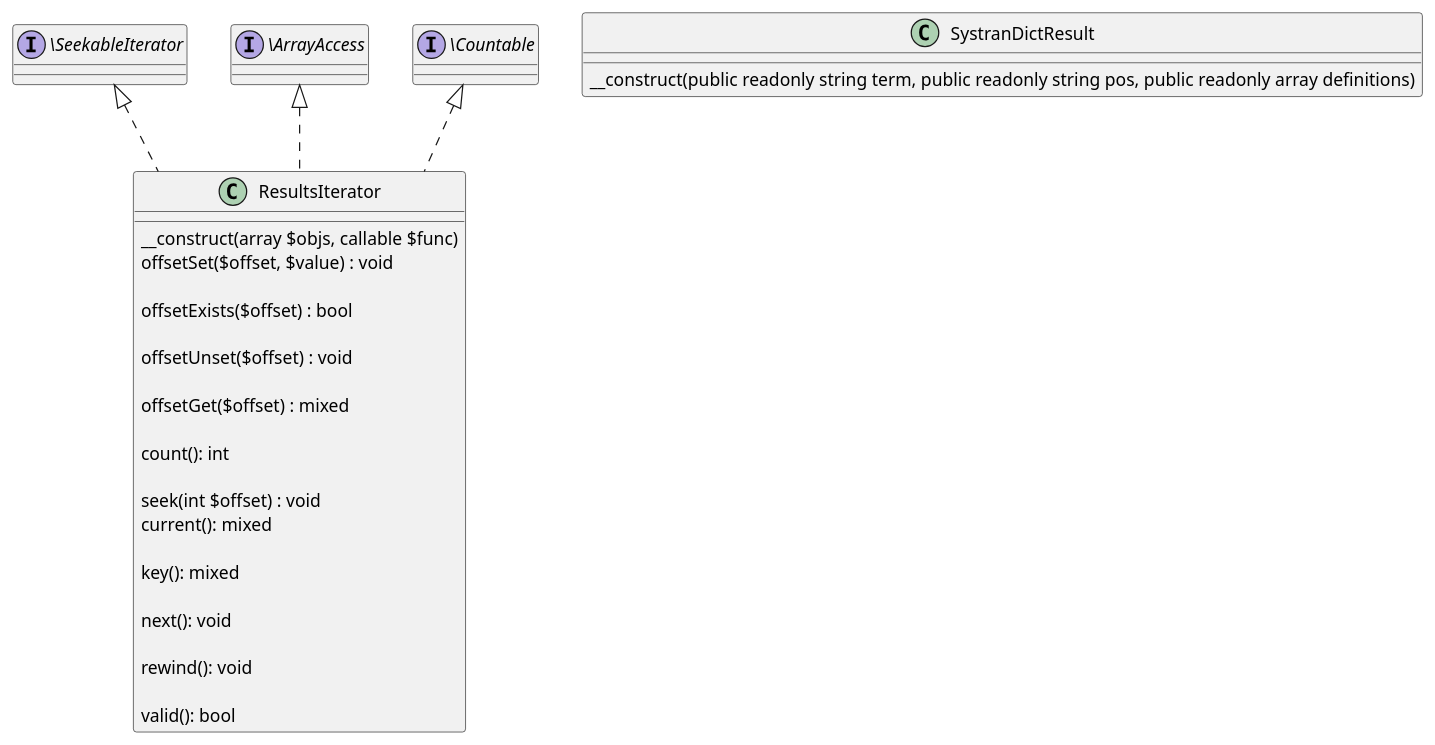
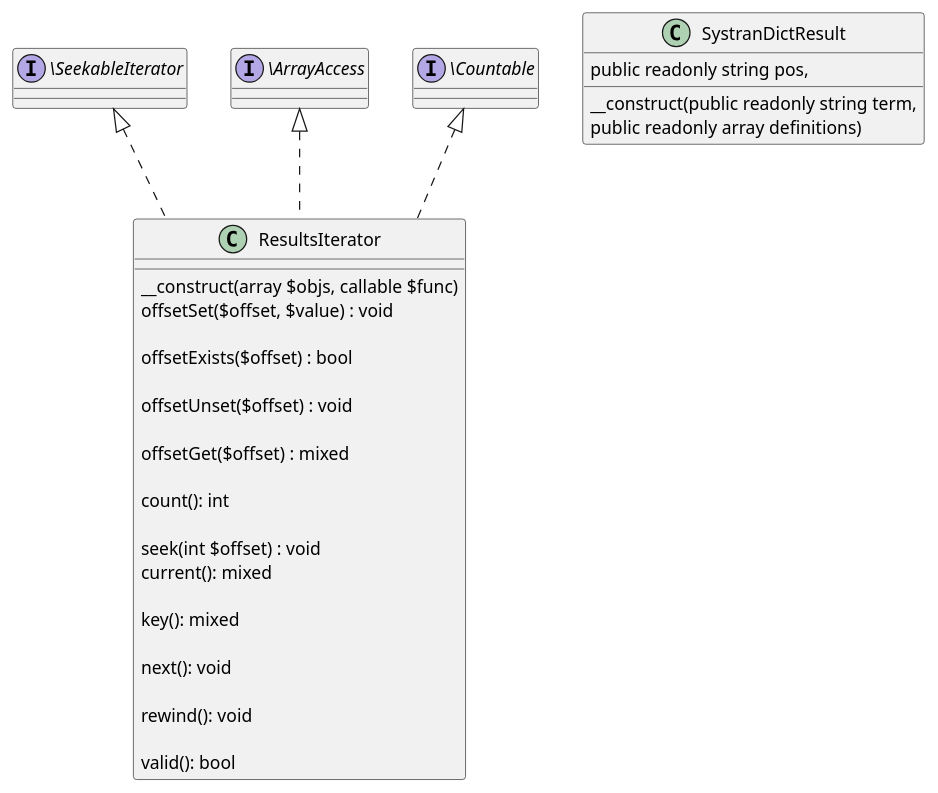
The diagram in plantuml/results-iterator.puml (kurt-krueckeberg/php-translation-and-dictionary-rest-api-classes), drawn with PlantUML before and after one commit. The commit also changed 1 other file, not shown here.

```diff
--- a/plantuml/results-iterator.puml
+++ b/plantuml/results-iterator.puml
@@ -1,30 +1,33 @@
 class ResultsIterator implements  \SeekableIterator, \ArrayAccess, \Countable {
 
      __construct(array $objs, callable $func) 
     
     offsetSet($offset, $value) : void
 
     offsetExists($offset) : bool
 
     offsetUnset($offset) : void
 
     offsetGet($offset) : mixed
 
     count(): int
 
     seek(int $offset) : void 
    
     current(): mixed
 
     key(): mixed
 
     next(): void
 
     rewind(): void
 
     valid(): bool
 }
 class  SystranDictResult {
 
- __construct(public readonly string term, public readonly string pos, public readonly array definitions) 
+ __construct(public readonly string term,
+              public readonly string pos,
+              public readonly array definitions) 
+	      
 }
```
